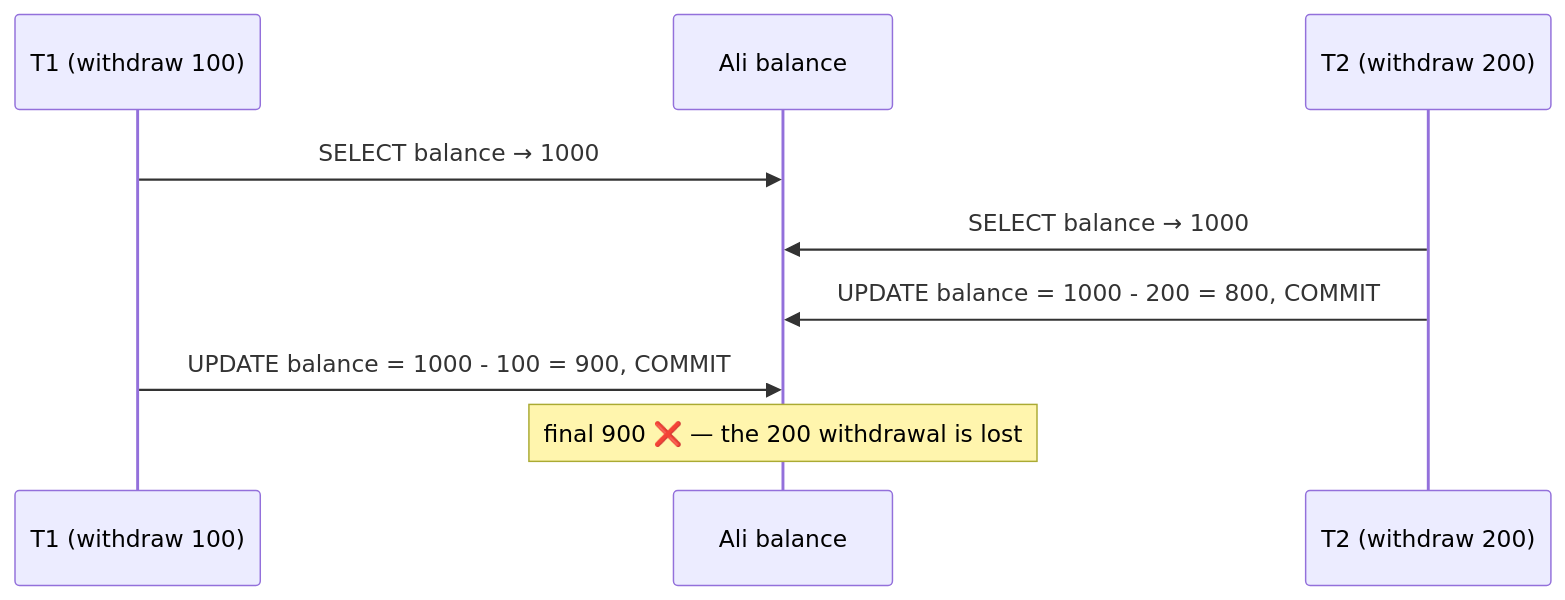
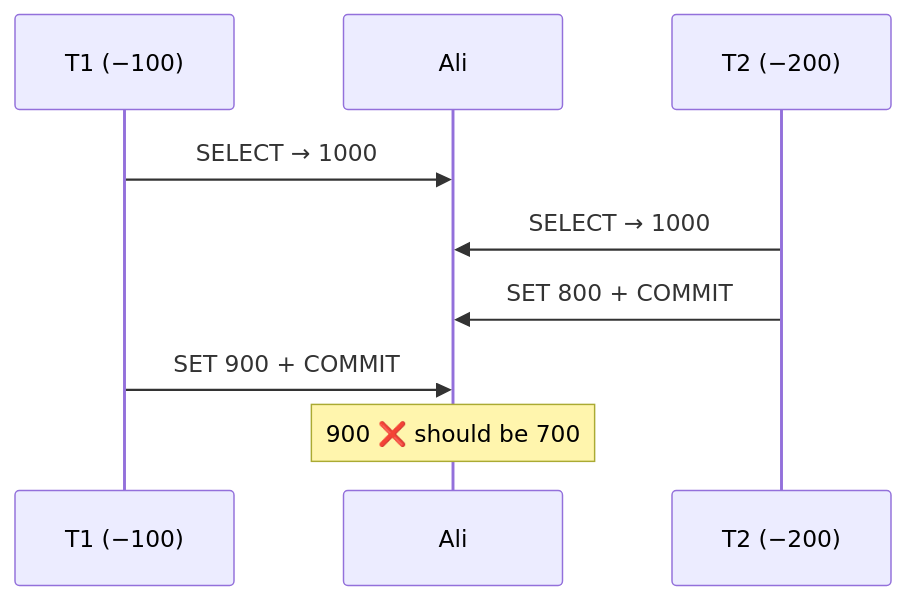
One commit to wesamkhateeb98-creator/postgresql-zero-to-hero changed the fourth of 12 diagrams in Doc/06-transactions-mvcc/02-isolation-levels.md. Above: the diagram before and after it, drawn with Mermaid. The commit also changed other lines of this file, not shown here.

````diff
--- a/Doc/06-transactions-mvcc/02-isolation-levels.md
+++ b/Doc/06-transactions-mvcc/02-isolation-levels.md
@@ -131,11 +200,11 @@
 ```mermaid
 sequenceDiagram
-    participant T1 as T1 (withdraw 100)
-    participant DB as Ali balance
-    participant T2 as T2 (withdraw 200)
-    T1->>DB: SELECT balance → 1000
-    T2->>DB: SELECT balance → 1000
-    T2->>DB: UPDATE balance = 1000 - 200 = 800, COMMIT
-    T1->>DB: UPDATE balance = 1000 - 100 = 900, COMMIT
-    Note over DB: final 900 ❌ — the 200 withdrawal is lost
+    participant T1 as T1 (−100)
+    participant DB as Ali
+    participant T2 as T2 (−200)
+    T1->>DB: SELECT → 1000
+    T2->>DB: SELECT → 1000
+    T2->>DB: SET 800 + COMMIT
+    T1->>DB: SET 900 + COMMIT
+    Note over DB: 900 ❌ should be 700
 ```
````
